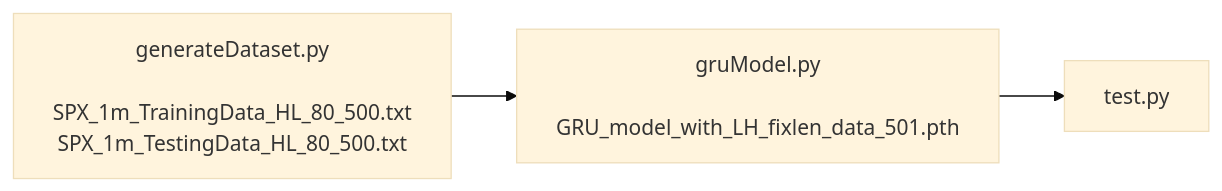
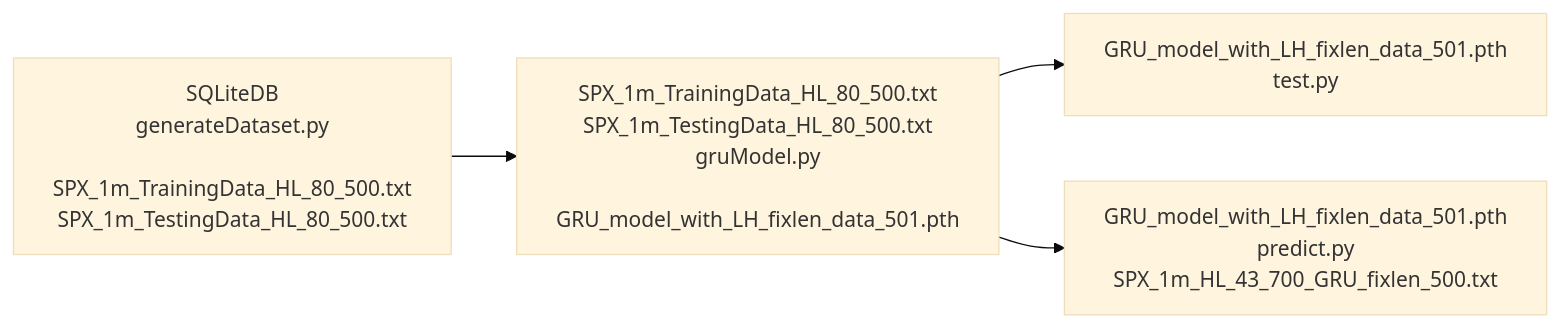
The first of 2 diagrams in gru/doc/gru.md (weip2008/LearnTorch), drawn with Mermaid (base theme) before and after one commit. The commit also changed other lines of this file, not shown here.

Commit message:
need more explaination in gru.md

````diff
--- a/gru/doc/gru.md
+++ b/gru/doc/gru.md
@@ -3,8 +3,11 @@
 ```mermaid
 graph LR
 
-Data[generateDataset.py<br><br>SPX_1m_TrainingData_HL_80_500.txt<br>SPX_1m_TestingData_HL_80_500.txt]
-Model[gruModel.py<br><br>GRU_model_with_LH_fixlen_data_501.pth]
-Test[test.py]
+Data[SQLiteDB<br>generateDataset.py<br><br>SPX_1m_TrainingData_HL_80_500.txt<br>SPX_1m_TestingData_HL_80_500.txt]
+Model[SPX_1m_TrainingData_HL_80_500.txt<br>SPX_1m_TestingData_HL_80_500.txt<br>gruModel.py<br><br>GRU_model_with_LH_fixlen_data_501.pth]
+Test[GRU_model_with_LH_fixlen_data_501.pth<br>test.py]
+Pred[GRU_model_with_LH_fixlen_data_501.pth<br>predict.py<br>SPX_1m_HL_43_700_GRU_fixlen_500.txt]
+
 Data-->Model-->Test
+Model -->Pred
 ```
````
